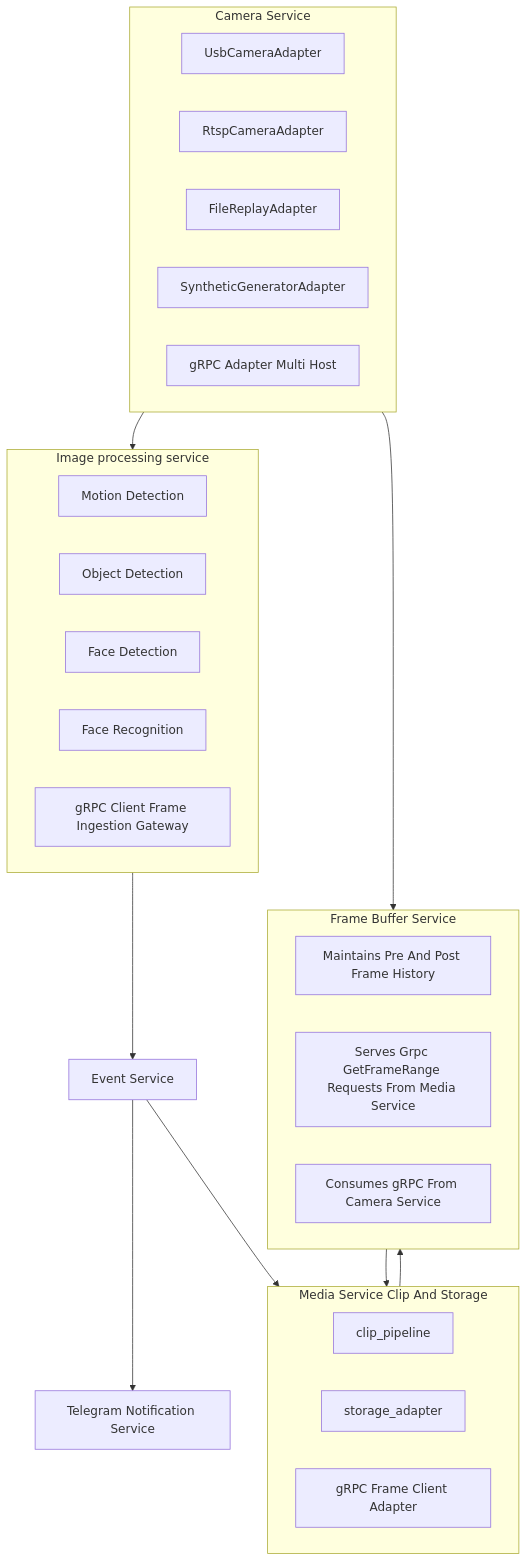
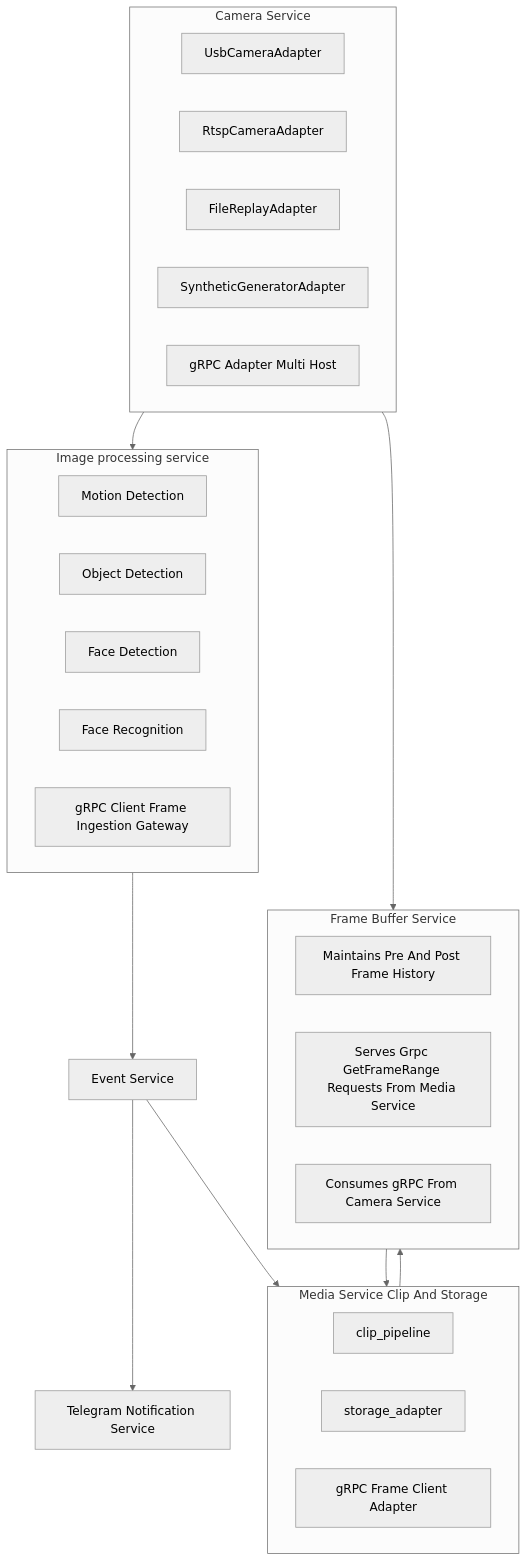
One commit to talifruman/camera-recognition changed the second of 5 diagrams in doc/system.md. Above: the diagram before and after it, drawn with Mermaid. The commit also changed other lines of this file and 105 other files, not shown here.

Commit message:
Implement image processing service architecture updates

````diff
--- a/doc/system.md
+++ b/doc/system.md
@@ -183,42 +229,43 @@
 ```mermaid
+%%{init: {'theme': 'neutral'}}%%
 flowchart TB
 	subgraph CameraService[Camera Service]
 		CA1[UsbCameraAdapter]
 		CA2[RtspCameraAdapter]
 		CA3[FileReplayAdapter]
 		CA4[SyntheticGeneratorAdapter]
 		CA5[gRPC Adapter Multi Host]
 	end
 
 	subgraph ImageProcessing[Image processing service]
 		UV1[Motion Detection]
 		UV2[Object Detection]
 		UV3[Face Detection]
 		UV4[Face Recognition]
 		UV5[gRPC Client Frame Ingestion Gateway]
 	end
 
 	EventService[Event Service]
 
 	subgraph MediaService[Media Service Clip And Storage]
 		MS1[clip_pipeline]
 		MS2[storage_adapter]
 		MS3[gRPC Frame Client Adapter]
 	end
 
 	TelegramService[Telegram Notification Service]
 
 	subgraph FrameBuffer[Frame Buffer Service]
 		FB1[Maintains Pre And Post Frame History]
 		FB2[Serves Grpc GetFrameRange Requests From Media Service]
 		FB3[Consumes gRPC From Camera Service]
 	end
 
 	CameraService --> ImageProcessing
 	CameraService --> FrameBuffer
 	ImageProcessing --> EventService
 	EventService --> MediaService
 	EventService --> TelegramService
 	MediaService --> FrameBuffer
 	FrameBuffer --> MediaService
 ```
````
